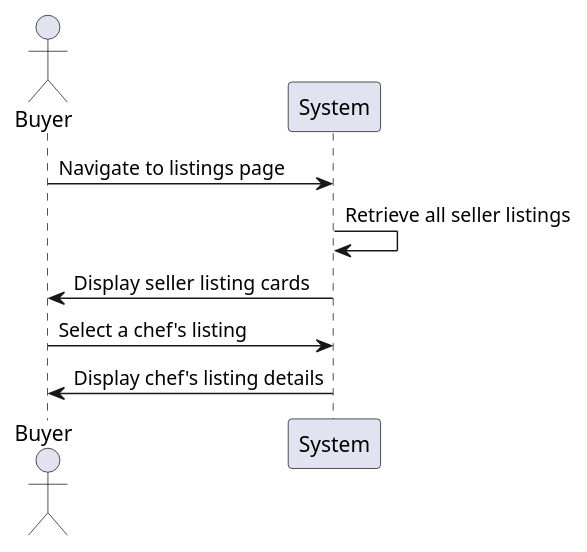
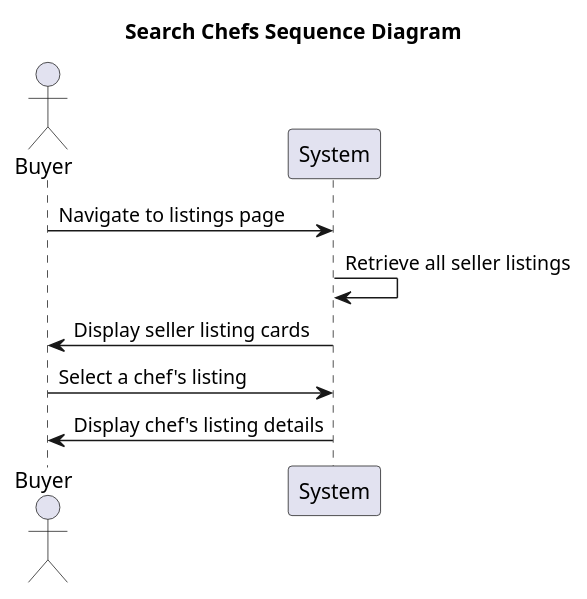
The diagram in 2_SearchChefsSequence.puml (micahbaumann/CS-5800-Project-Micah-UML), drawn with PlantUML before and after one commit. The commit also changed 17 other files, not shown here.

```diff
--- a/2_SearchChefsSequence.puml
+++ b/2_SearchChefsSequence.puml
@@ -1,13 +1,14 @@
 @startuml
 'https://plantuml.com/sequence-diagram
+title Search Chefs Sequence Diagram
 
 actor Buyer
 participant System
 
 Buyer -> System: Navigate to listings page
 System -> System: Retrieve all seller listings
 System -> Buyer: Display seller listing cards
 Buyer -> System: Select a chef's listing
 System -> Buyer: Display chef's listing details
 
 @enduml
```
